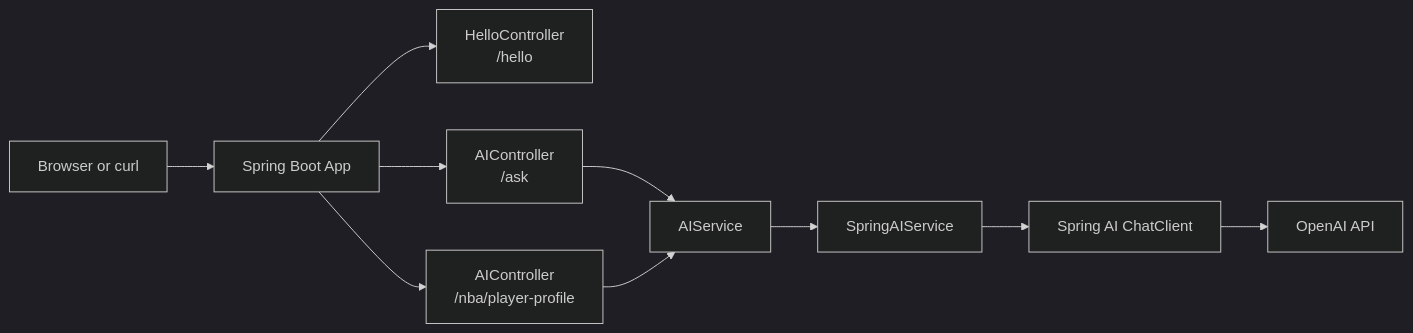
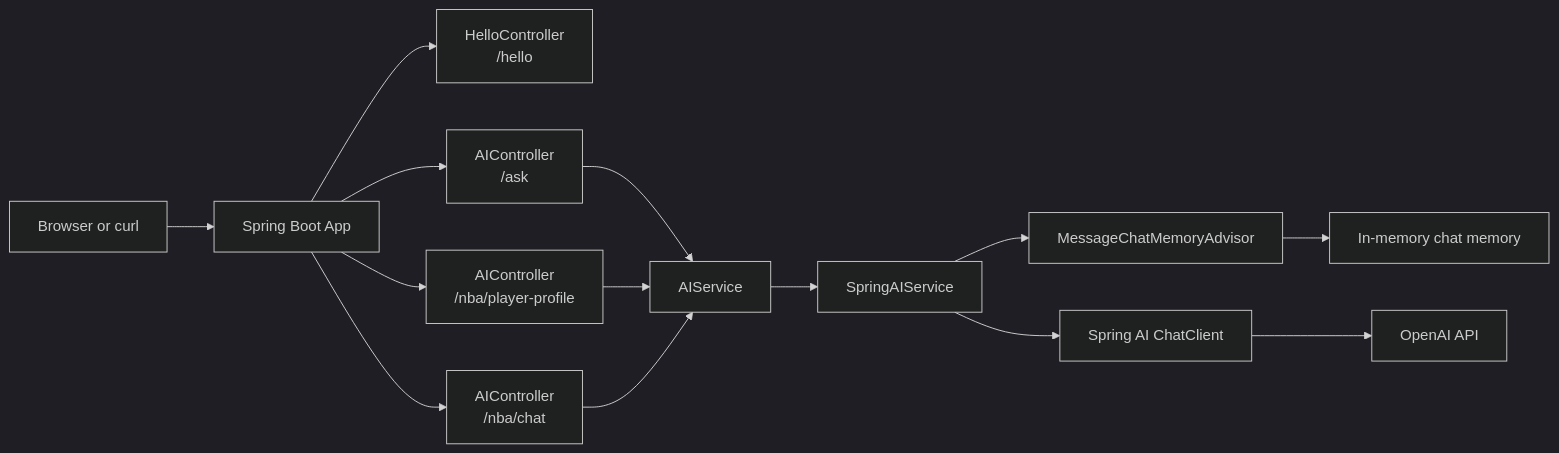
Before and after one commit to venkykumar/springai-starter: the diagram in README.md, drawn with Mermaid (dark theme). The commit also changed other lines of this file and 5 other files, not shown here.

Commit message:
Add NBA chat memory demo

````diff
--- a/README.md
+++ b/README.md
@@ -148,12 +209,16 @@
 ```mermaid
 flowchart LR
     A[Browser or curl] --> B[Spring Boot App]
     B --> C[HelloController<br>/hello]
     B --> D[AIController<br>/ask]
     B --> I[AIController<br>/nba/player-profile]
+    B --> J[AIController<br>/nba/chat]
     D --> E[AIService]
     I --> E
+    J --> E
     E --> F[SpringAIService]
+    F --> K[MessageChatMemoryAdvisor]
+    K --> L[In-memory chat memory]
     F --> G[Spring AI ChatClient]
     G --> H[OpenAI API]
 ```
````
